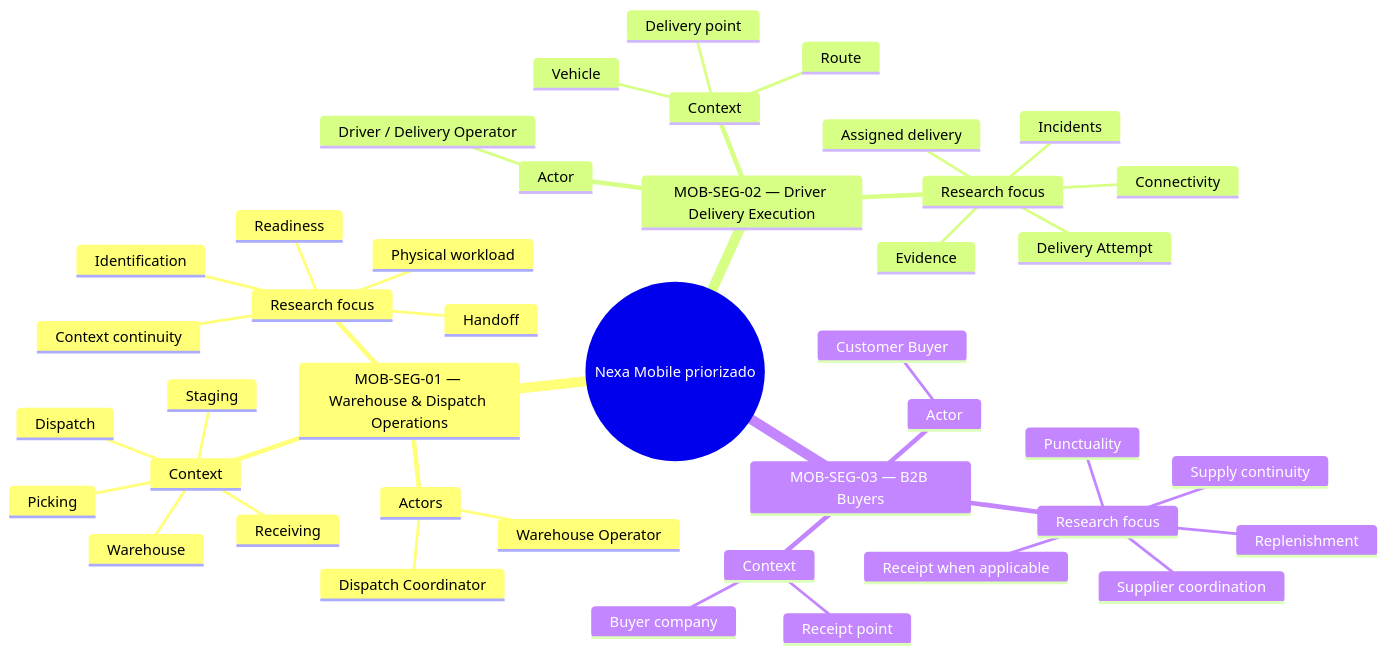
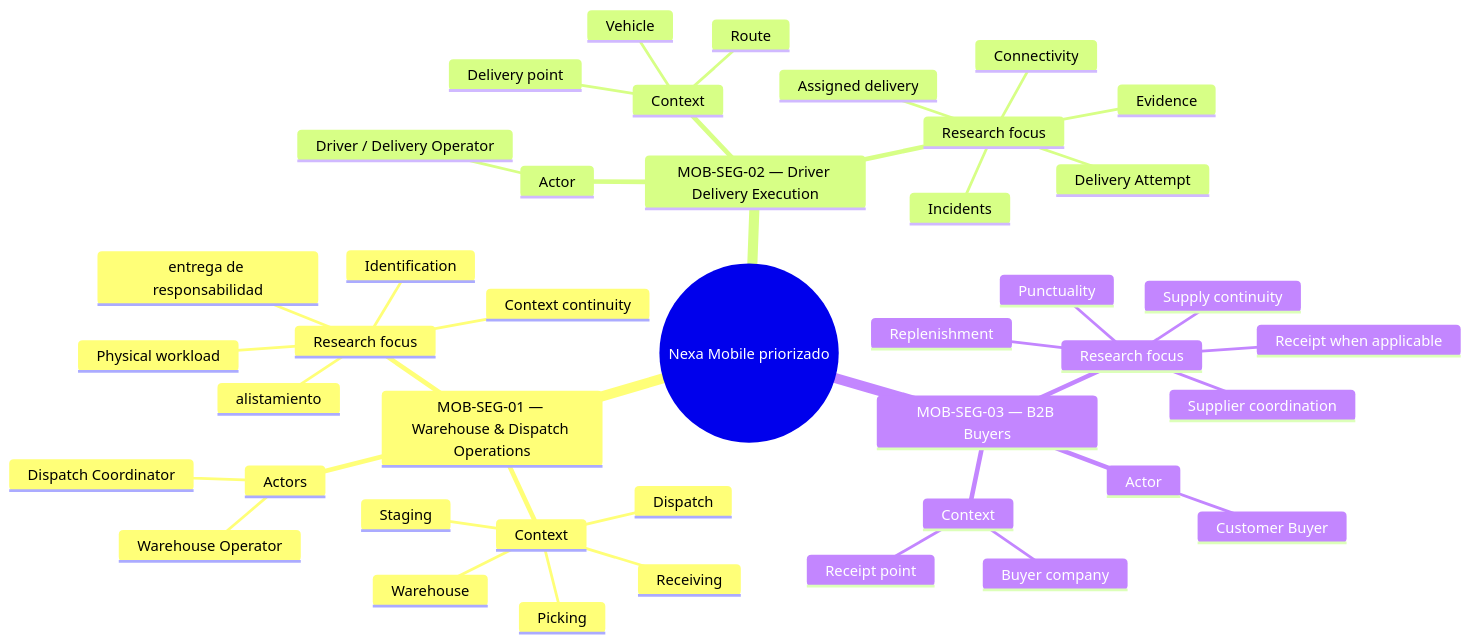
Before and after one commit to nexa-suite/mobile-report: the second of 2 diagrams in report/01-presentation/1.3-target-segments.md, drawn with Mermaid. The commit also changed other lines of this file and 65 other files, not shown here.

````diff
--- a/report/01-presentation/1.3-target-segments.md
+++ b/report/01-presentation/1.3-target-segments.md
@@ -147,47 +147,47 @@
 ```mermaid
 mindmap
   root((Nexa Mobile priorizado))
     MOB-SEG-01 — Warehouse & Dispatch Operations
       Actors
         Warehouse Operator
         Dispatch Coordinator
       Context
         Receiving
         Warehouse
         Picking
         Staging
         Dispatch
       Research focus
         Context continuity
         Identification
-        Readiness
-        Handoff
+        alistamiento
+        entrega de responsabilidad
         Physical workload
 
     MOB-SEG-02 — Driver Delivery Execution
       Actor
         Driver / Delivery Operator
       Context
         Vehicle
         Route
         Delivery point
       Research focus
         Assigned delivery
         Delivery Attempt
         Incidents
         Evidence
         Connectivity
 
     MOB-SEG-03 — B2B Buyers
       Actor
         Customer Buyer
       Context
         Buyer company
         Receipt point
       Research focus
         Replenishment
         Supply continuity
         Supplier coordination
         Punctuality
         Receipt when applicable
 ```
````
